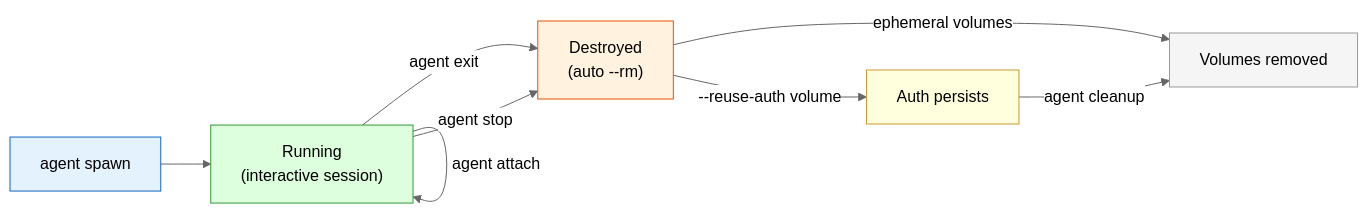
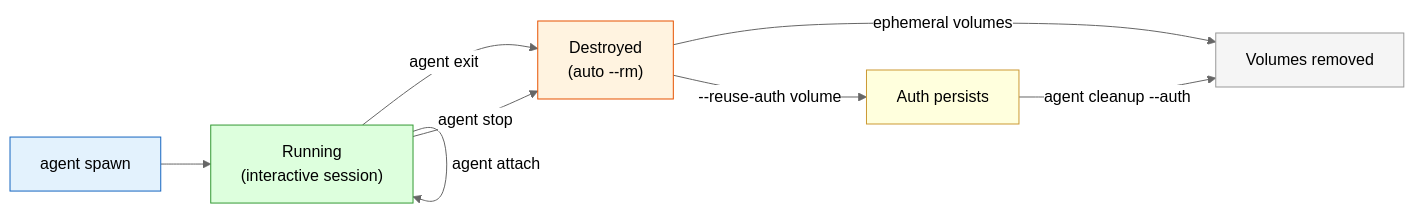
The first of 2 diagrams in docs/usage.md (0x666c6f/safe-agentic), drawn with Mermaid (neutral theme) before and after one commit. The commit also changed other lines of this file and 25 other files, not shown here.

````diff
--- a/docs/usage.md
+++ b/docs/usage.md
@@ -165,17 +183,17 @@
 ```mermaid
 graph LR
     spawn["agent spawn"] --> running["Running<br/>(interactive session)"]
     running -->|"agent exit"| gone["Destroyed<br/>(auto --rm)"]
     running -->|"agent stop"| gone
     running -->|"agent attach"| running
 
     gone -->|"ephemeral volumes"| cleaned["Volumes removed"]
     gone -->|"--reuse-auth volume"| persisted["Auth persists"]
-    persisted -->|"agent cleanup"| cleaned
+    persisted -->|"agent cleanup --auth"| cleaned
 
     style spawn fill:#e3f2fd,stroke:#1565c0
     style running fill:#dfd,stroke:#393
     style gone fill:#fff3e0,stroke:#e65100
     style cleaned fill:#f5f5f5,stroke:#999
     style persisted fill:#ffd,stroke:#c93
 ```
````
